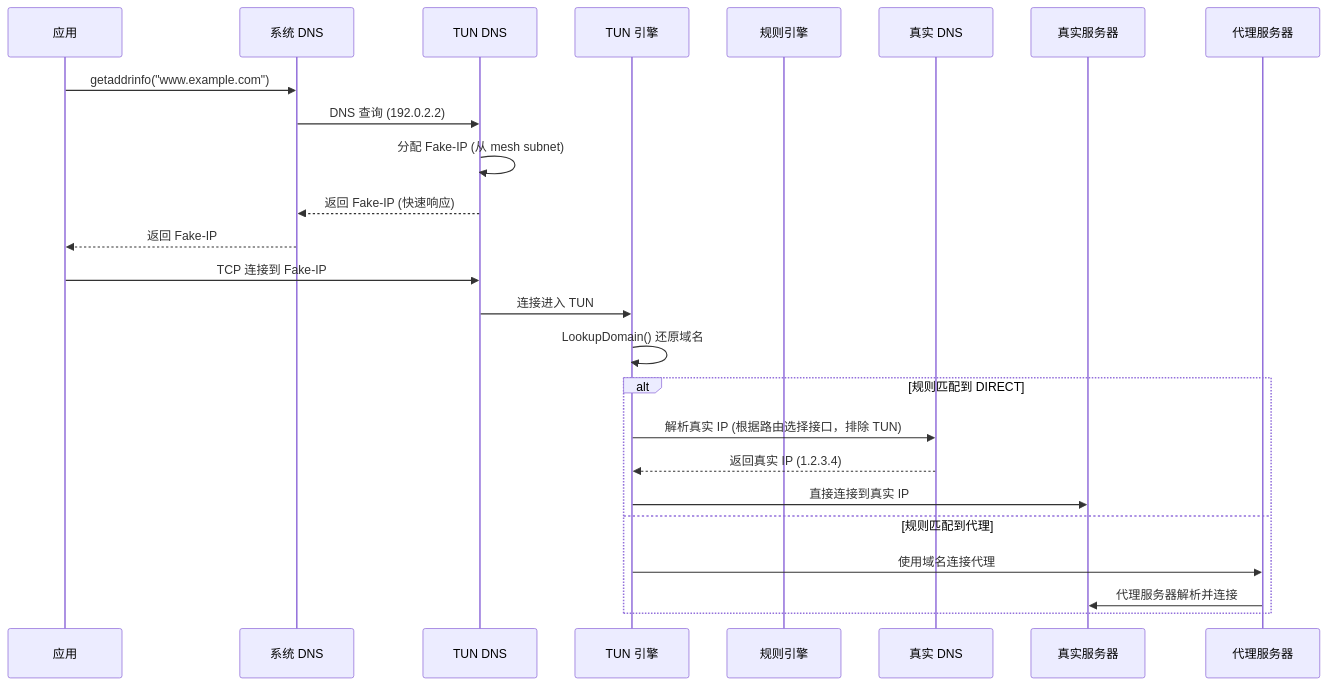
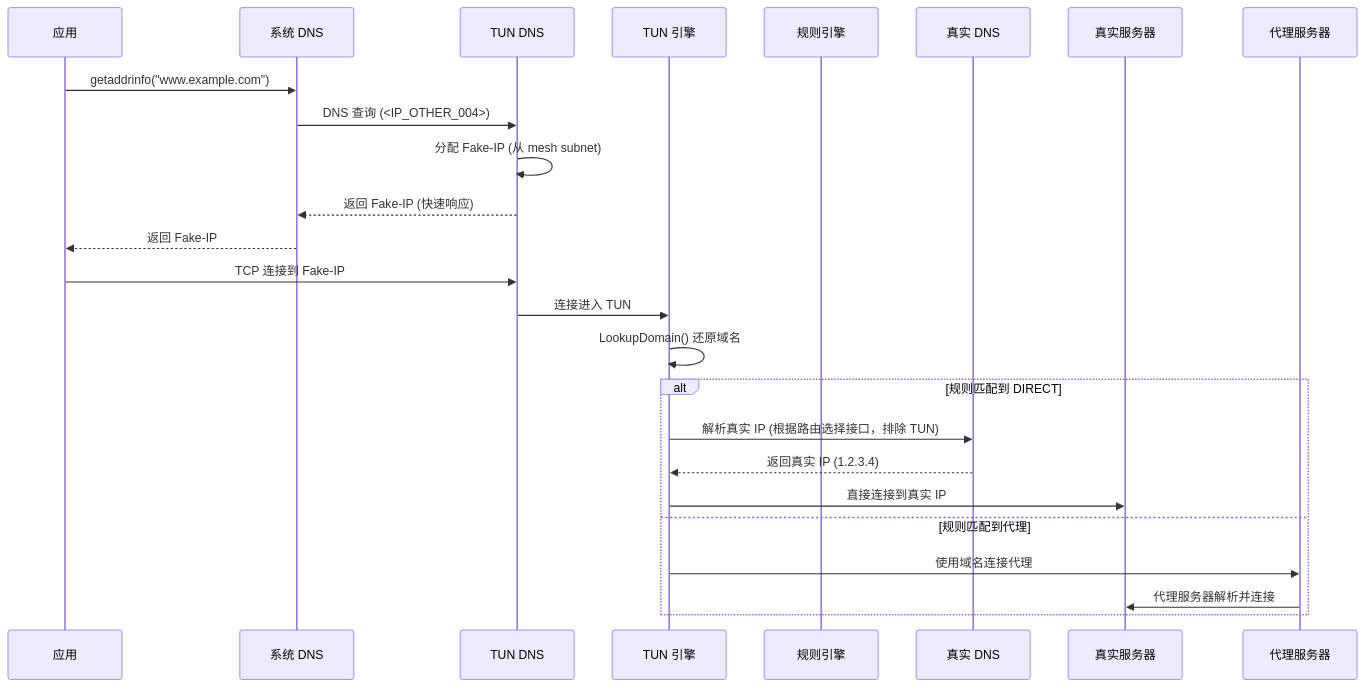
The diagram in docs/plans/tun_dns_sync_resolve_design.md (whipfeng/phaethon), drawn with Mermaid before and after one commit. The commit also changed other lines of this file and 74 other files, not shown here.

````diff
--- a/docs/plans/tun_dns_sync_resolve_design.md
+++ b/docs/plans/tun_dns_sync_resolve_design.md
@@ -40,30 +40,30 @@
 ```mermaid
 sequenceDiagram
     participant App as 应用
     participant SysDNS as 系统 DNS
     participant TUNDNS as TUN DNS
     participant Engine as TUN 引擎
     participant RuleEngine as 规则引擎
     participant RealDNS as 真实 DNS
     participant Server as 真实服务器
     participant Proxy as 代理服务器
 
     App->>SysDNS: getaddrinfo("www.example.com")
-    SysDNS->>TUNDNS: DNS 查询 (192.0.2.2)
+    SysDNS->>TUNDNS: DNS 查询 (<IP_OTHER_004>)
     TUNDNS->>TUNDNS: 分配 Fake-IP (从 mesh subnet)
     TUNDNS-->>SysDNS: 返回 Fake-IP (快速响应)
     SysDNS-->>App: 返回 Fake-IP
     
     App->>TUNDNS: TCP 连接到 Fake-IP
     TUNDNS->>Engine: 连接进入 TUN
     Engine->>Engine: LookupDomain() 还原域名
     
     alt 规则匹配到 DIRECT
         Engine->>RealDNS: 解析真实 IP (根据路由选择接口，排除 TUN)
         RealDNS-->>Engine: 返回真实 IP (1.2.3.4)
         Engine->>Server: 直接连接到真实 IP
     else 规则匹配到代理
         Engine->>Proxy: 使用域名连接代理
         Proxy->>Server: 代理服务器解析并连接
     end
 ```
````
